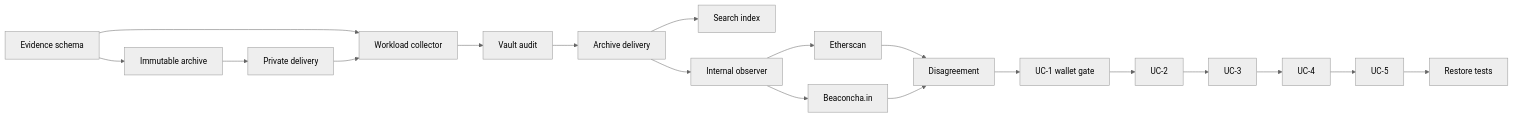
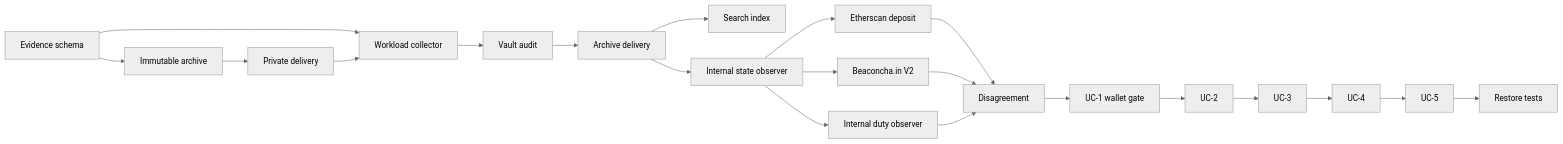
Before and after one commit to s1ns3nz0/node-operator: the diagram in plans/2026-09-07-hoodi-validator-lifecycle/graph.mmd, drawn with Mermaid (neutral theme). The commit also changed 5 other files, not shown here.

```diff
--- a/plans/2026-09-07-hoodi-validator-lifecycle/graph.mmd
+++ b/plans/2026-09-07-hoodi-validator-lifecycle/graph.mmd
@@ -1,8 +1,13 @@
 flowchart LR
   T1[Evidence schema] --> T2[Immutable archive] --> T3[Private delivery]
   T1 --> T4[Workload collector]
   T3 --> T4 --> T5[Vault audit] --> T6[Archive delivery]
   T6 --> T7[Search index]
-  T6 --> T8[Internal observer] --> T9[Etherscan] --> T11[Disagreement]
-  T8 --> T10[Beaconcha.in] --> T11
-  T11 --> T12[UC-1 wallet gate] --> T13[UC-2] --> T14[UC-3] --> T15[UC-4] --> T16[UC-5] --> T17[Restore tests]
+  T6 --> T8[Internal state observer]
+  T8 --> T9[Etherscan deposit]
+  T8 --> T10[Beaconcha.in V2]
+  T8 --> T11[Internal duty observer]
+  T9 --> T12[Disagreement]
+  T10 --> T12
+  T11 --> T12
+  T12 --> T13[UC-1 wallet gate] --> T14[UC-2] --> T15[UC-3] --> T16[UC-4] --> T17[UC-5] --> T18[Restore tests]
```
